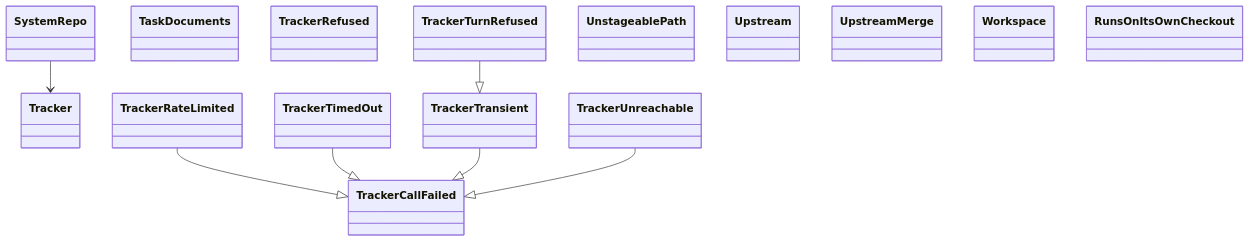
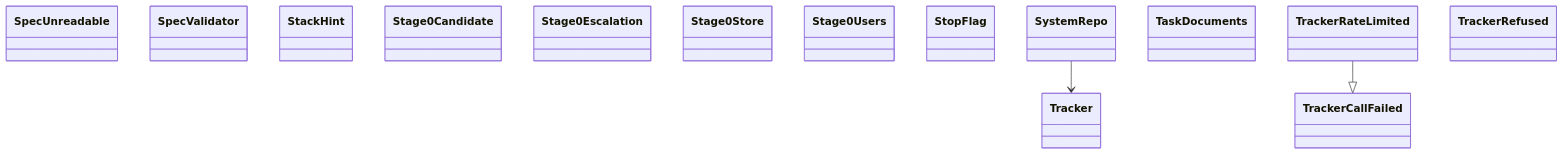
One commit to GonzaloZevallos/agentic-system changed the diagram in docs/architecture/generated/classes-process-application-support-7.md. Above: the diagram before and after it, drawn with Mermaid. The commit also changed other lines of this file and 58 other files, not shown here.

Commit message:
Docs: regenerate the architecture pages for the board_schema module

````diff
--- a/docs/architecture/generated/classes-process-application-support-7.md
+++ b/docs/architecture/generated/classes-process-application-support-7.md
@@ -20,24 +21,19 @@
 ```mermaid
 classDiagram
+    class ports__SpecUnreadable["SpecUnreadable"]
+    class ports__SpecValidator["SpecValidator"]
+    class ports__StackHint["StackHint"]
+    class ports__Stage0Candidate["Stage0Candidate"]
+    class ports__Stage0Escalation["Stage0Escalation"]
+    class ports__Stage0Store["Stage0Store"]
+    class ports__Stage0Users["Stage0Users"]
+    class ports__StopFlag["StopFlag"]
     class ports__SystemRepo["SystemRepo"]
     class ports__TaskDocuments["TaskDocuments"]
     class ports__Tracker["Tracker"]
     class ports__TrackerCallFailed["TrackerCallFailed"]
     class ports__TrackerRateLimited["TrackerRateLimited"]
     class ports__TrackerRefused["TrackerRefused"]
-    class ports__TrackerTimedOut["TrackerTimedOut"]
-    class ports__TrackerTransient["TrackerTransient"]
-    class ports__TrackerTurnRefused["TrackerTurnRefused"]
-    class ports__TrackerUnreachable["TrackerUnreachable"]
-    class ports__UnstageablePath["UnstageablePath"]
-    class ports__Upstream["Upstream"]
-    class ports__UpstreamMerge["UpstreamMerge"]
-    class ports__Workspace["Workspace"]
-    class preflight__RunsOnItsOwnCheckout["RunsOnItsOwnCheckout"]
     ports__SystemRepo --> ports__Tracker
     ports__TrackerRateLimited --|> ports__TrackerCallFailed
-    ports__TrackerTimedOut --|> ports__TrackerCallFailed
-    ports__TrackerTransient --|> ports__TrackerCallFailed
-    ports__TrackerTurnRefused --|> ports__TrackerTransient
-    ports__TrackerUnreachable --|> ports__TrackerCallFailed
 ```
````
